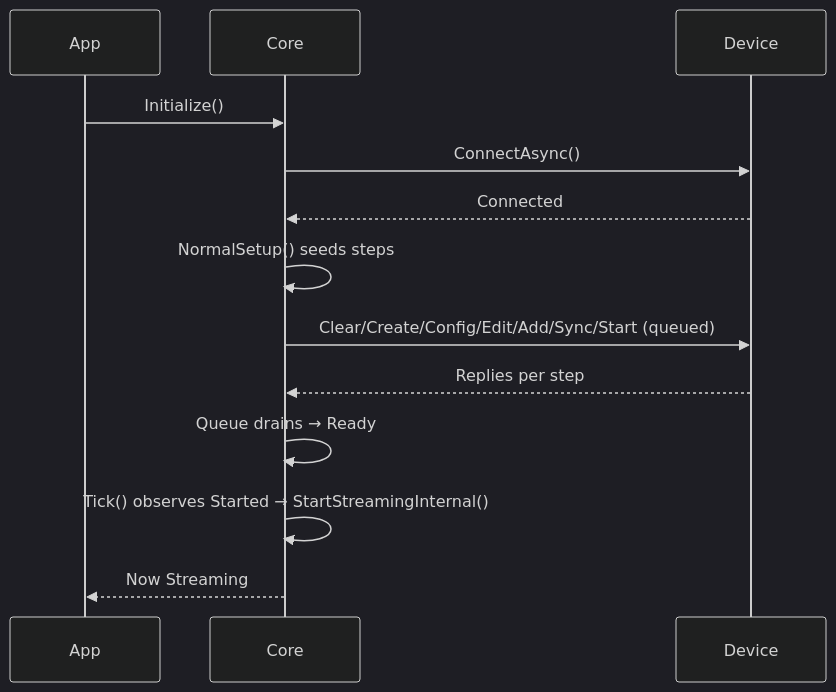
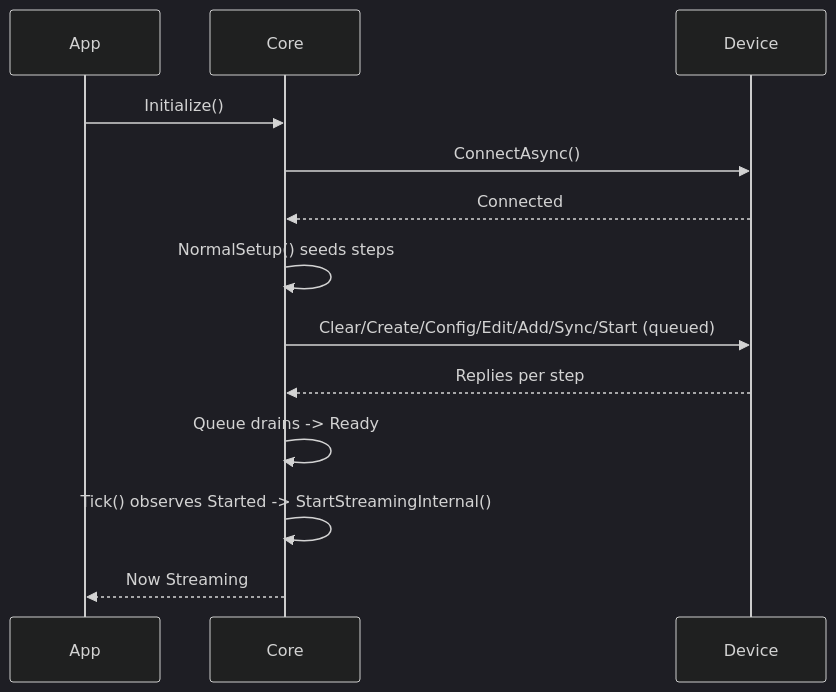
Before and after one commit to cwru-non-academic/WSS_Documentation: the third of 4 diagrams in apiDocs/conceptual/core-architecture.md, drawn with Mermaid (dark theme). The commit also changed other lines of this file and 5 other files, not shown here.

Commit message:
modifed mid stream diagram to avoid syntax error

````diff
--- a/apiDocs/conceptual/core-architecture.md
+++ b/apiDocs/conceptual/core-architecture.md
@@ -42,15 +42,15 @@
 ```mermaid
 sequenceDiagram
   participant App
   participant Core
   participant Device
   App->>Core: Initialize()
   Core->>Device: ConnectAsync()
   Device-->>Core: Connected
   Core->>Core: NormalSetup() seeds steps
   Core->>Device: Clear/Create/Config/Edit/Add/Sync/Start (queued)
   Device-->>Core: Replies per step
-  Core->>Core: Queue drains → Ready
-  Core->>Core: Tick() observes Started → StartStreamingInternal()
+  Core->>Core: Queue drains -> Ready
+  Core->>Core: Tick() observes Started -> StartStreamingInternal()
   Core-->>App: Now Streaming
 ```
````
